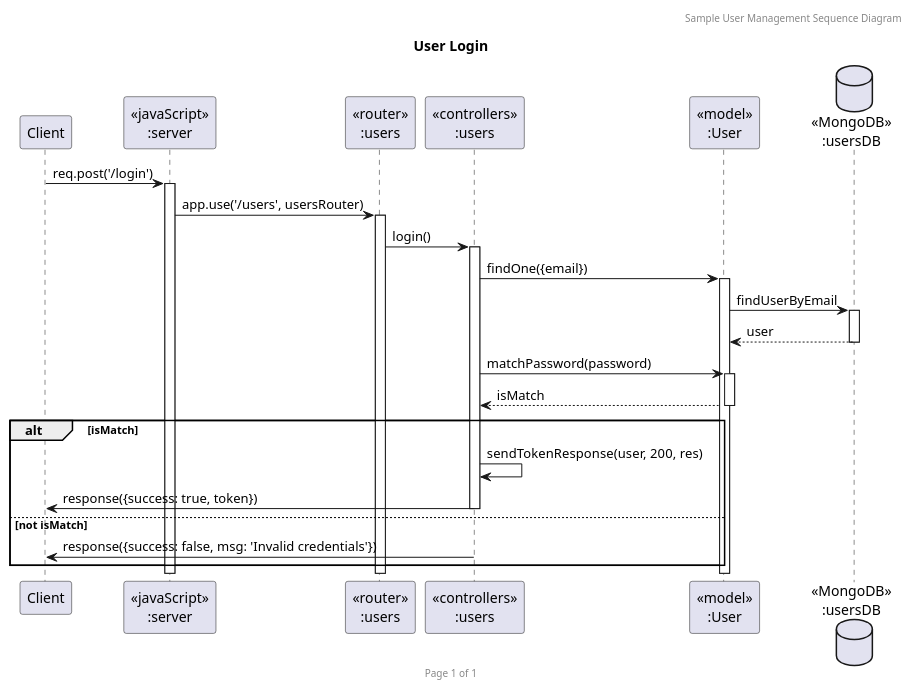
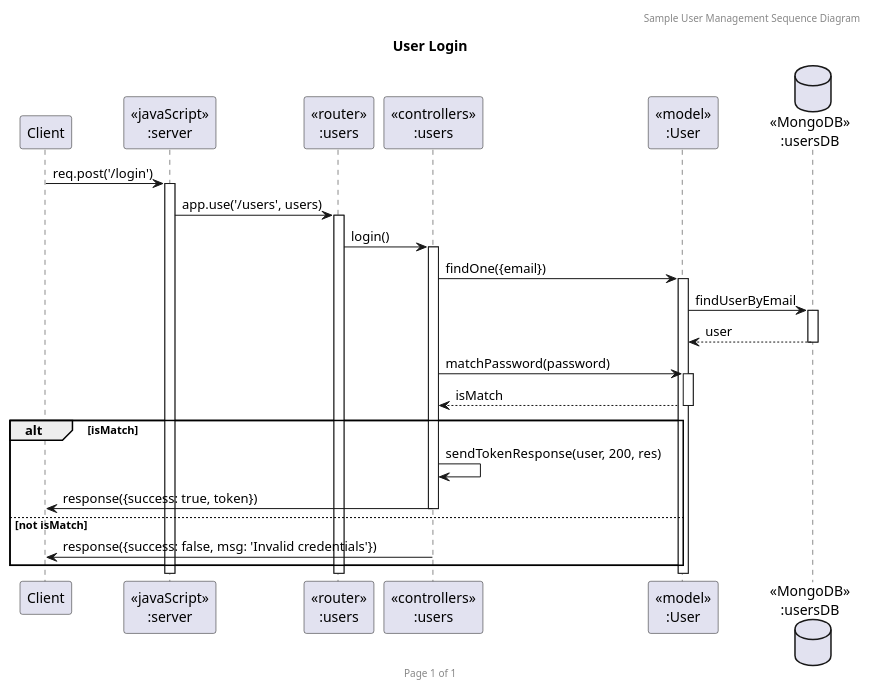
Before and after one commit to nattapatten/211503-Campground: the diagram in PlantUML/campground/SequenceDiagram/Auth/Login.puml, drawn with PlantUML. The commit also changed 12 other files, not shown here.

```diff
--- a/PlantUML/campground/SequenceDiagram/Auth/Login.puml
+++ b/PlantUML/campground/SequenceDiagram/Auth/Login.puml
@@ -1,32 +1,32 @@
 @startuml User Login
 
 header Sample User Management Sequence Diagram
 footer Page %page% of %lastpage%
 title "User Login"
 
 participant "Client" as client
 participant "<<javaScript>>\n:server" as server
 participant "<<router>>\n:users" as routerUsers
 participant "<<controllers>>\n:users" as controllersUsers
 participant "<<model>>\n:User" as modelUser
 database "<<MongoDB>>\n:usersDB" as UsersDatabase
 
 client->server ++: req.post('/login')
-server->routerUsers ++: app.use('/users', usersRouter)
+server->routerUsers ++: app.use('/users', users)
 routerUsers -> controllersUsers ++: login()
 
 controllersUsers -> modelUser ++: findOne({email})
 modelUser -> UsersDatabase ++: findUserByEmail
 UsersDatabase --> modelUser --: user
 
 controllersUsers -> modelUser ++: matchPassword(password)
 modelUser --> controllersUsers --: isMatch
 
 alt isMatch
     controllersUsers -> controllersUsers : sendTokenResponse(user, 200, res)
     controllersUsers->client --: response({success: true, token})
 else not isMatch
     controllersUsers->client --: response({success: false, msg: 'Invalid credentials'})
 end
 
 @enduml
```
